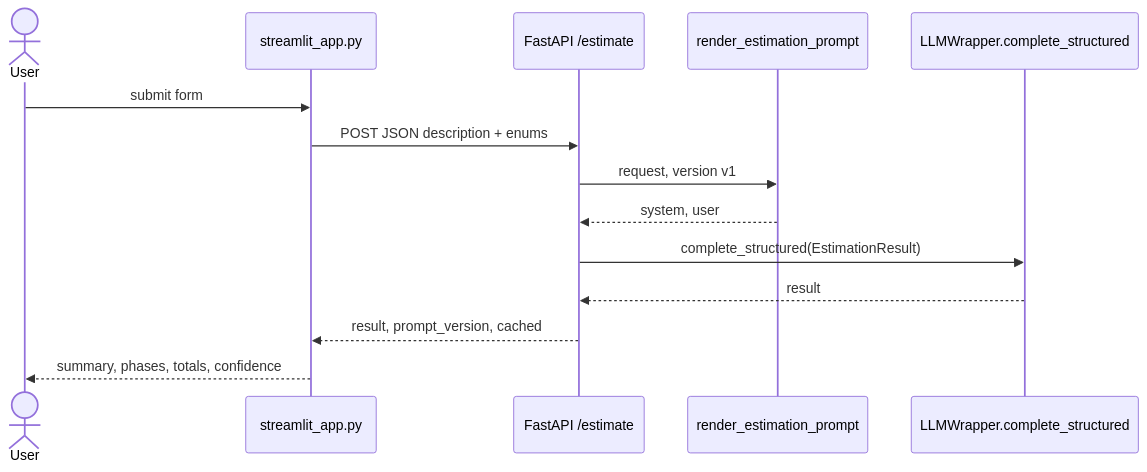
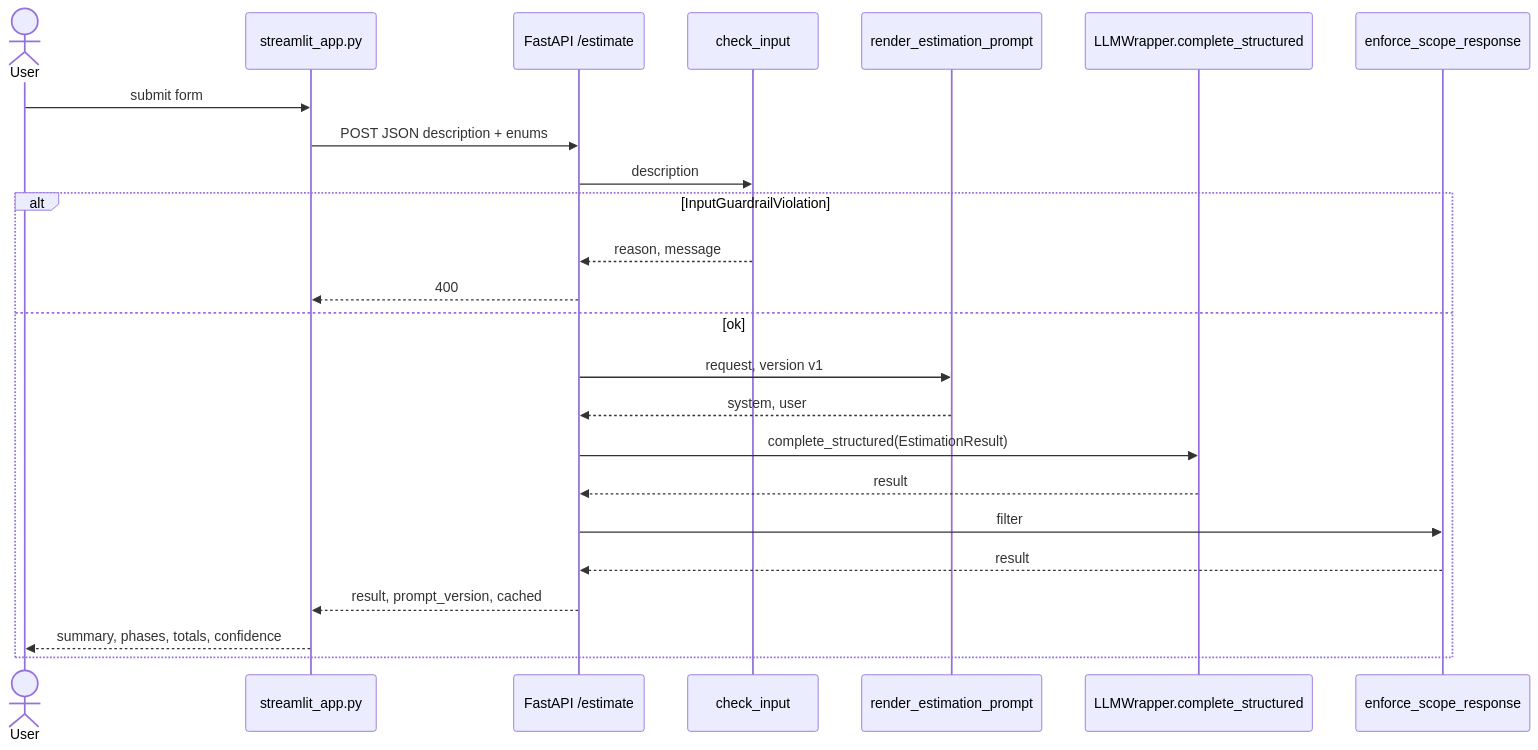
One commit to morales4dev/ai-engineering changed the diagram in estimador-cag/README.md. Above: the diagram before and after it, drawn with Mermaid. The commit also changed other lines of this file and 7 other files, not shown here.

````diff
--- a/estimador-cag/README.md
+++ b/estimador-cag/README.md
@@ -74,17 +74,27 @@
 ```mermaid
 sequenceDiagram
     actor User
     participant UI as streamlit_app.py
     participant API as FastAPI /estimate
+    participant In as check_input
     participant Loader as render_estimation_prompt
     participant W as LLMWrapper.complete_structured
+    participant Out as enforce_scope_response
 
     User->>UI: submit form
     UI->>API: POST JSON description + enums
-    API->>Loader: request, version v1
-    Loader-->>API: system, user
-    API->>W: complete_structured(EstimationResult)
-    W-->>API: result
-    API-->>UI: result, prompt_version, cached
-    UI-->>User: summary, phases, totals, confidence
+    API->>In: description
+    alt InputGuardrailViolation
+        In-->>API: reason, message
+        API-->>UI: 400
+    else ok
+        API->>Loader: request, version v1
+        Loader-->>API: system, user
+        API->>W: complete_structured(EstimationResult)
+        W-->>API: result
+        API->>Out: filter
+        Out-->>API: result
+        API-->>UI: result, prompt_version, cached
+        UI-->>User: summary, phases, totals, confidence
+    end
 ```
````
